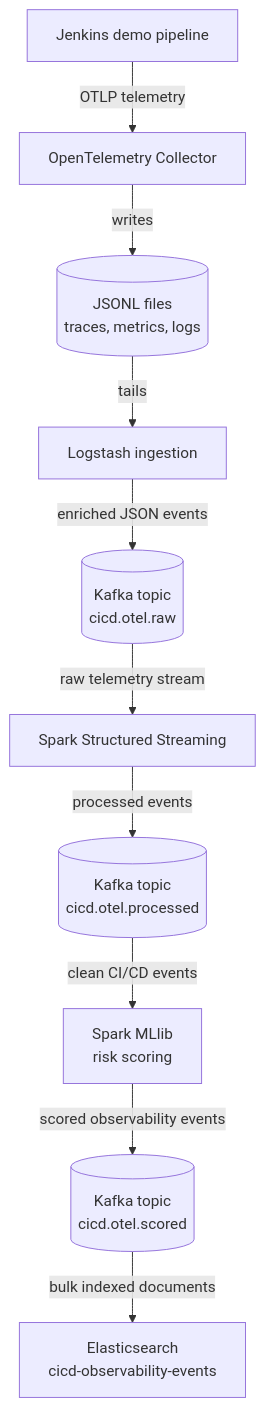
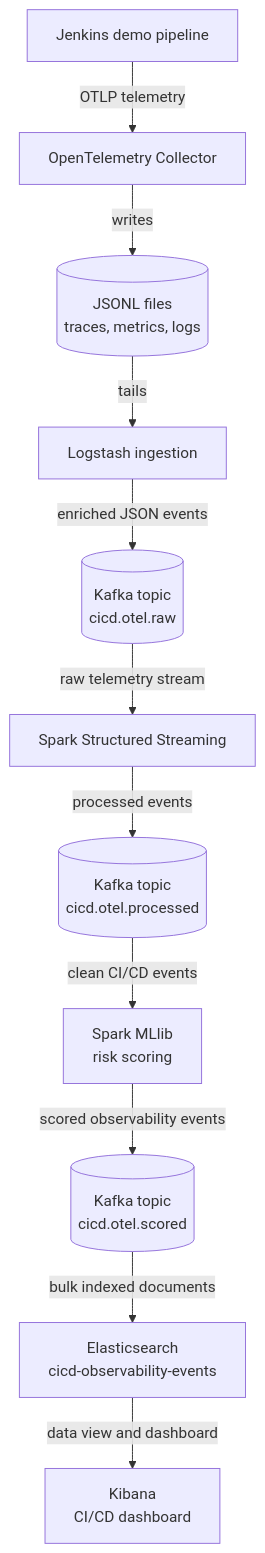
One commit to Darakuu/CI-CD-Observability-Stream changed the diagram in docs/00-Pipeline_Overview.md. Above: the diagram before and after it, drawn with Mermaid. The commit also changed 1 other file, not shown here.

Commit message:
chore: update old docs

````diff
--- a/docs/00-Pipeline_Overview.md
+++ b/docs/00-Pipeline_Overview.md
@@ -7,23 +7,25 @@
 ```mermaid
 flowchart TD
     Jenkins["Jenkins demo pipeline"]
     OTel["OpenTelemetry Collector"]
     Files[("JSONL files\ntraces, metrics, logs")]
     Logstash["Logstash ingestion"]
     RawKafka[("Kafka topic\ncicd.otel.raw")]
     Spark["Spark Structured Streaming"]
     ProcessedKafka[("Kafka topic\ncicd.otel.processed")]
     MLlib["Spark MLlib\nrisk scoring"]
     ScoredKafka[("Kafka topic\ncicd.otel.scored")]
     Elasticsearch["Elasticsearch\ncicd-observability-events"]
+    Kibana["Kibana\nCI/CD dashboard"]
 
     Jenkins -->|"OTLP telemetry"| OTel
     OTel -->|"writes"| Files
     Files -->|"tails"| Logstash
     Logstash -->|"enriched JSON events"| RawKafka
     RawKafka -->|"raw telemetry stream"| Spark
     Spark -->|"processed events"| ProcessedKafka
     ProcessedKafka -->|"clean CI/CD events"| MLlib
     MLlib -->|"scored observability events"| ScoredKafka
     ScoredKafka -->|"bulk indexed documents"| Elasticsearch
+    Elasticsearch -->|"data view and dashboard"| Kibana
 ```
````
